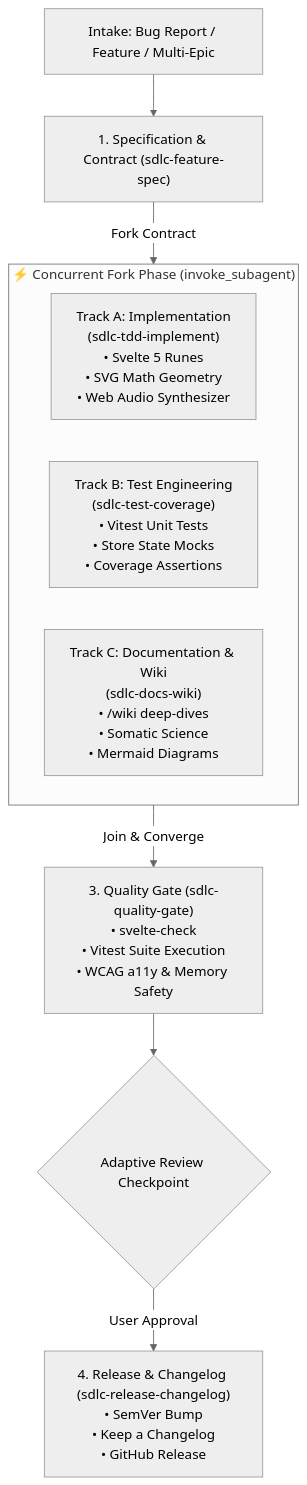
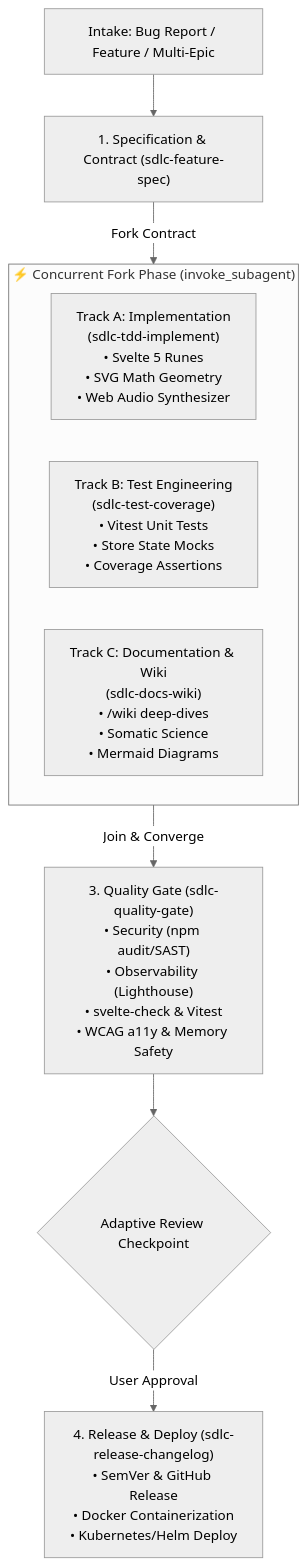
Before and after one commit to fmatar/sealit: the diagram in .agent/skills/sdlc-flow/SKILL.md, drawn with Mermaid (neutral theme). The commit also changed other lines of this file and 13 other files, not shown here.

````diff
--- a/.agent/skills/sdlc-flow/SKILL.md
+++ b/.agent/skills/sdlc-flow/SKILL.md
@@ -18,17 +18,17 @@
 ```mermaid
 flowchart TD
     Trigger["Intake: Bug Report / Feature / Multi-Epic"] --> S1["1. Specification & Contract (sdlc-feature-spec)"]
     
     subgraph ParallelFork ["⚡ Concurrent Fork Phase (invoke_subagent)"]
         direction LR
         T1["Track A: Implementation\n(sdlc-tdd-implement)\n• Svelte 5 Runes\n• SVG Math Geometry\n• Web Audio Synthesizer"]
         T2["Track B: Test Engineering\n(sdlc-test-coverage)\n• Vitest Unit Tests\n• Store State Mocks\n• Coverage Assertions"]
         T3["Track C: Documentation & Wiki\n(sdlc-docs-wiki)\n• /wiki deep-dives\n• Somatic Science\n• Mermaid Diagrams"]
     end
     
     S1 -->|Fork Contract| ParallelFork
-    ParallelFork -->|Join & Converge| S4["3. Quality Gate (sdlc-quality-gate)\n• svelte-check\n• Vitest Suite Execution\n• WCAG a11y & Memory Safety"]
+    ParallelFork -->|Join & Converge| S4["3. Quality Gate (sdlc-quality-gate)\n• Security (npm audit/SAST)\n• Observability (Lighthouse)\n• svelte-check & Vitest\n• WCAG a11y & Memory Safety"]
     
     S4 --> Checkpoint{"Adaptive Review Checkpoint"}
-    Checkpoint -->|User Approval| S5["4. Release & Changelog (sdlc-release-changelog)\n• SemVer Bump\n• Keep a Changelog\n• GitHub Release"]
+    Checkpoint -->|User Approval| S5["4. Release & Deploy (sdlc-release-changelog)\n• SemVer & GitHub Release\n• Docker Containerization\n• Kubernetes/Helm Deploy"]
 ```
````
